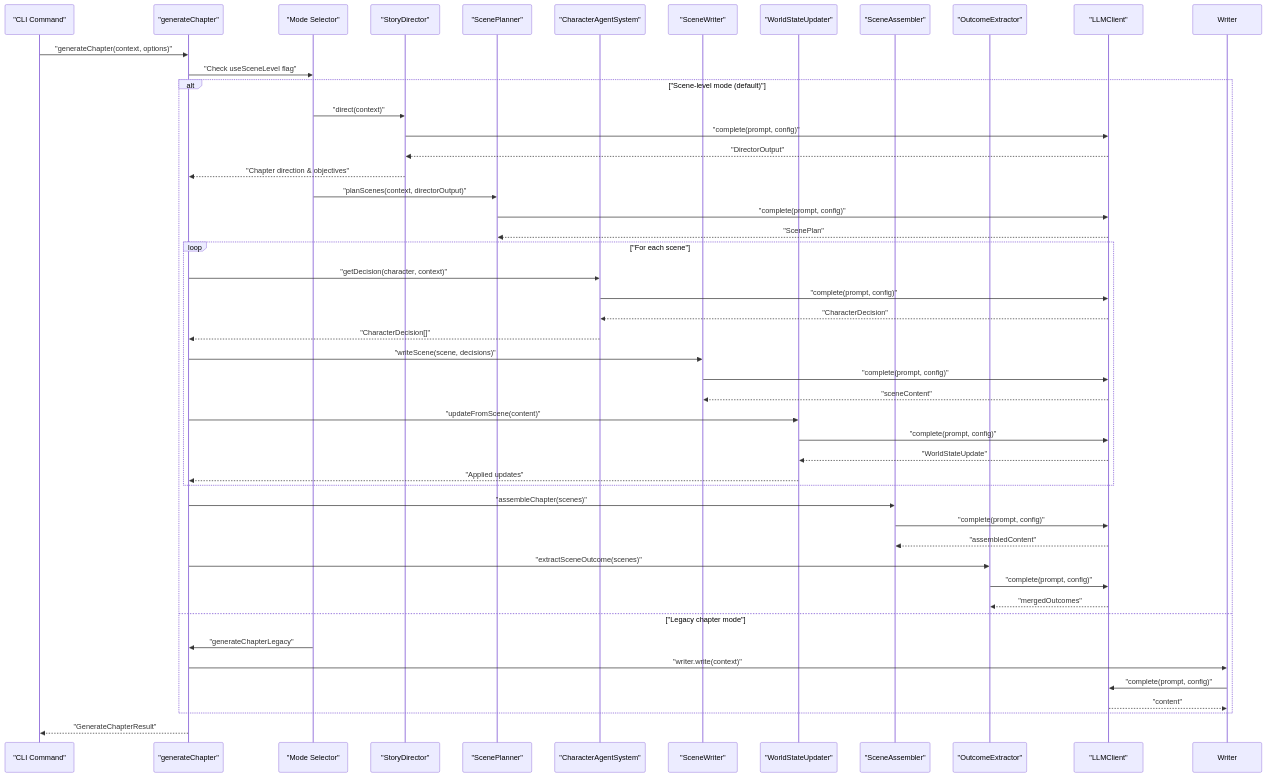
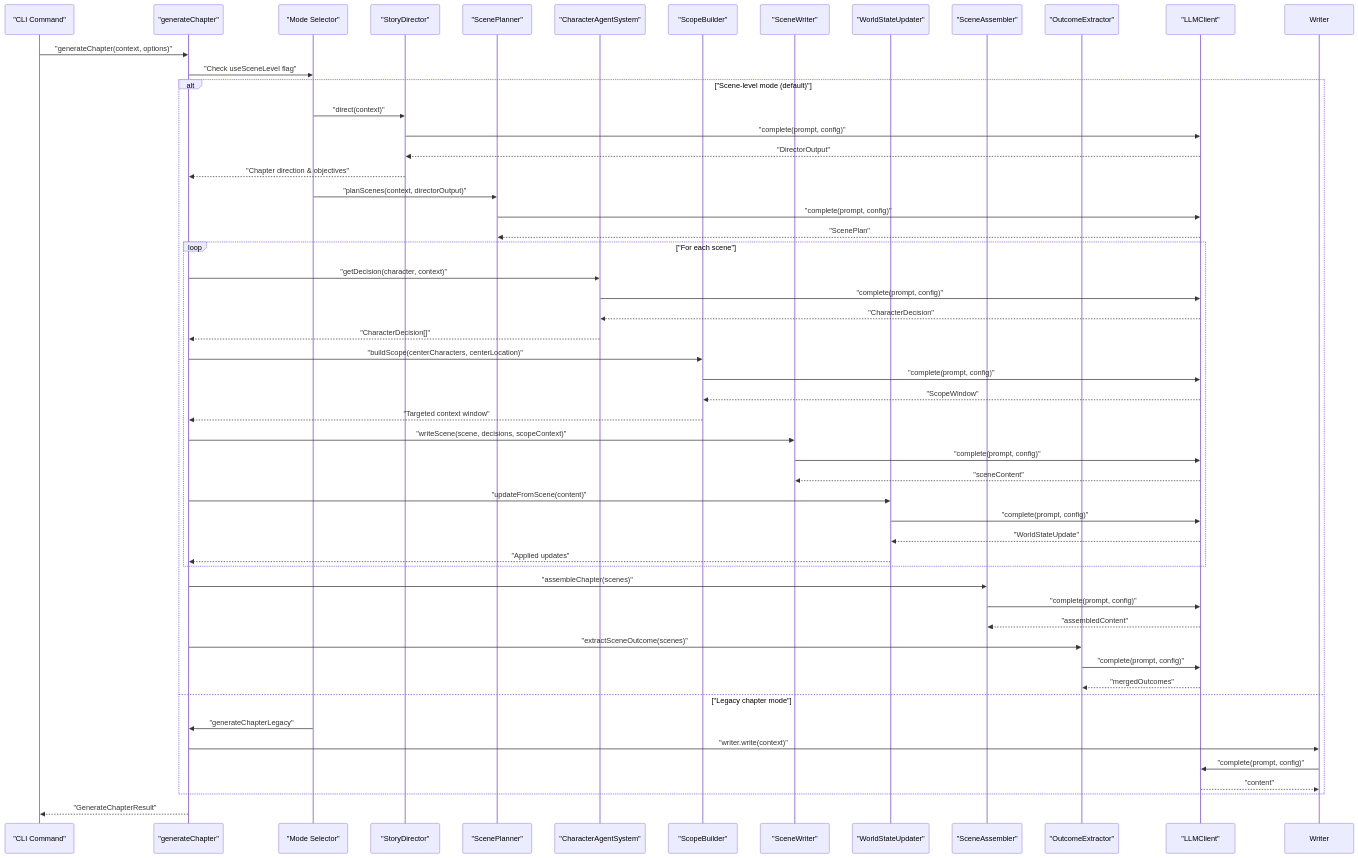
Before and after one commit to liwonder/NARRITIVE_OS: the second of 4 diagrams in .qoder/repowiki/en/content/Engine Architecture/Generation Pipeline.md, drawn with Mermaid. The commit also changed other lines of this file and 22 other files, not shown here.

First line of the commit message:
Add enhanced scene docs; update engine agents

````diff
--- a/.qoder/repowiki/en/content/Engine Architecture/Generation Pipeline.md
+++ b/.qoder/repowiki/en/content/Engine Architecture/Generation Pipeline.md
@@ -207,50 +217,55 @@
 ```mermaid
 sequenceDiagram
 participant CLI as "CLI Command"
 participant Engine as "generateChapter"
 participant Mode as "Mode Selector"
 participant Director as "StoryDirector"
 participant Planner as "ScenePlanner"
 participant Agents as "CharacterAgentSystem"
+participant Scope as "ScopeBuilder"
 participant SceneGen as "SceneWriter"
 participant WorldUpd as "WorldStateUpdater"
 participant Assembler as "SceneAssembler"
 participant Outcome as "OutcomeExtractor"
 participant LLM as "LLMClient"
 CLI->>Engine : "generateChapter(context, options)"
 Engine->>Mode : "Check useSceneLevel flag"
 alt "Scene-level mode (default)"
 Mode->>Director : "direct(context)"
 Director->>LLM : "complete(prompt, config)"
 LLM-->>Director : "DirectorOutput"
 Director-->>Engine : "Chapter direction & objectives"
 Mode->>Planner : "planScenes(context, directorOutput)"
 Planner->>LLM : "complete(prompt, config)"
 LLM-->>Planner : "ScenePlan"
 loop "For each scene"
 Engine->>Agents : "getDecision(character, context)"
 Agents->>LLM : "complete(prompt, config)"
 LLM-->>Agents : "CharacterDecision"
 Agents-->>Engine : "CharacterDecision[]"
-Engine->>SceneGen : "writeScene(scene, decisions)"
+Engine->>Scope : "buildScope(centerCharacters, centerLocation)"
+Scope->>LLM : "complete(prompt, config)"
+LLM-->>Scope : "ScopeWindow"
+Scope-->>Engine : "Targeted context window"
+Engine->>SceneGen : "writeScene(scene, decisions, scopeContext)"
 SceneGen->>LLM : "complete(prompt, config)"
 LLM-->>SceneGen : "sceneContent"
 Engine->>WorldUpd : "updateFromScene(content)"
 WorldUpd->>LLM : "complete(prompt, config)"
 LLM-->>WorldUpd : "WorldStateUpdate"
 WorldUpd-->>Engine : "Applied updates"
 end
 Engine->>Assembler : "assembleChapter(scenes)"
 Assembler->>LLM : "complete(prompt, config)"
 LLM-->>Assembler : "assembledContent"
 Engine->>Outcome : "extractSceneOutcome(scenes)"
 Outcome->>LLM : "complete(prompt, config)"
 LLM-->>Outcome : "mergedOutcomes"
 else "Legacy chapter mode"
 Mode->>Engine : "generateChapterLegacy"
 Engine->>Writer : "writer.write(context)"
 Writer->>LLM : "complete(prompt, config)"
 LLM-->>Writer : "content"
 end
 Engine-->>CLI : "GenerateChapterResult"
 ```
````
